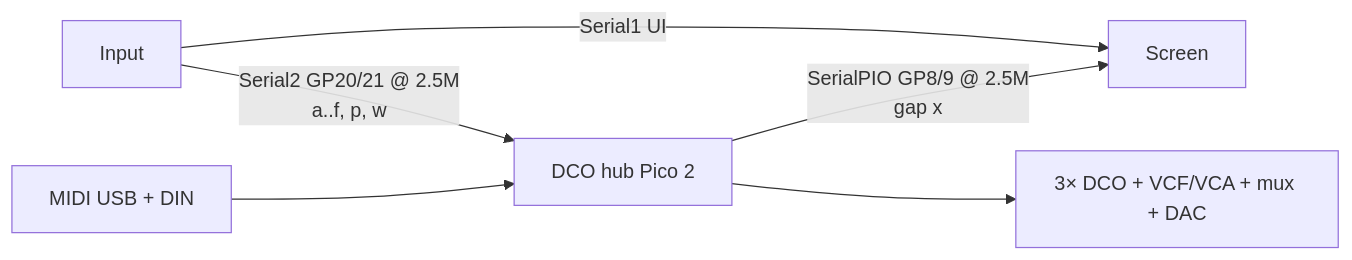
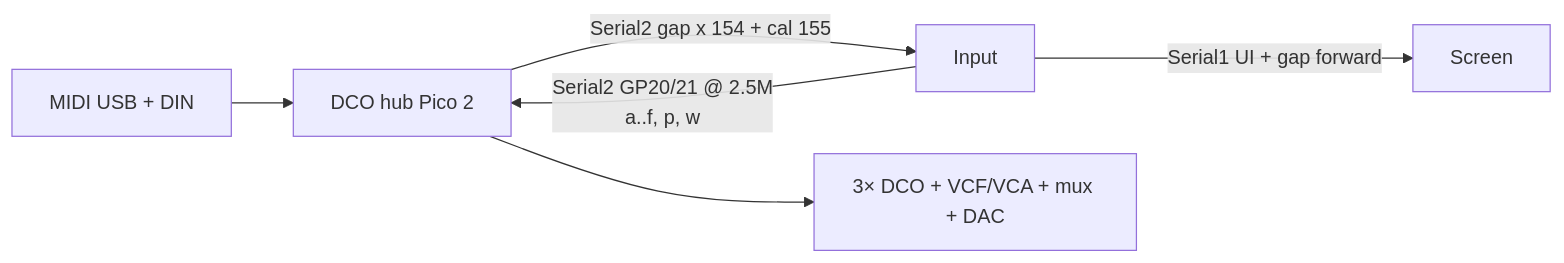
Before and after one commit to felipegaspari/DCO4-REBORN-DCO: the diagram in docs/SYSTEM_OVERVIEW.md, drawn with Mermaid. The commit also changed other lines of this file and 4 other files, not shown here.

````diff
--- a/docs/SYSTEM_OVERVIEW.md
+++ b/docs/SYSTEM_OVERVIEW.md
@@ -28,8 +28,8 @@
 ```mermaid
 flowchart LR
   World["MIDI USB + DIN"] --> DCO["DCO hub Pico 2"]
   Input["Input"] -->|"Serial2 GP20/21 @ 2.5M\na..f, p, w"| DCO
-  DCO -->|"SerialPIO GP8/9 @ 2.5M\ngap x"| Screen["Screen"]
-  Input -->|"Serial1 UI"| Screen
+  DCO -->|"Serial2 gap x 154 + cal 155"| Input
+  Input -->|"Serial1 UI + gap forward"| Screen["Screen"]
   DCO --> Analog["3× DCO + VCF/VCA + mux + DAC"]
 ```
````
